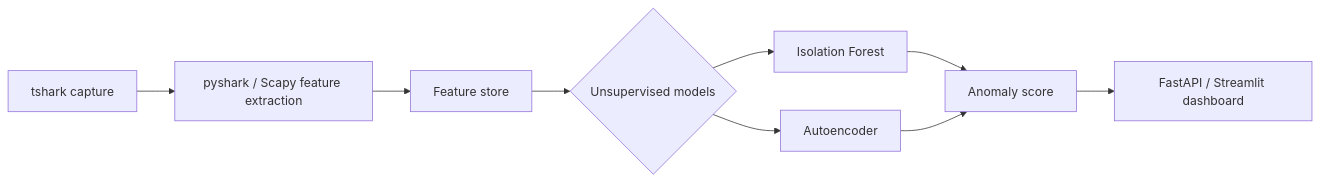
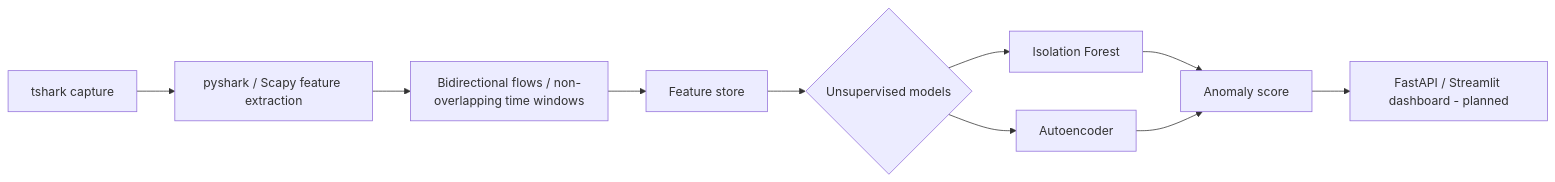
One commit to dev-rehaann/covertlens changed the diagram in README.md. Above: the diagram before and after it, drawn with Mermaid. The commit also changed other lines of this file and 1 other file, not shown here.

````diff
--- a/README.md
+++ b/README.md
@@ -33,11 +35,12 @@
 ```mermaid
 flowchart LR
     A[tshark capture] --> B[pyshark / Scapy feature extraction]
-    B --> C[Feature store]
+    B --> W[Bidirectional flows / non-overlapping time windows]
+    W --> C[Feature store]
     C --> D{Unsupervised models}
     D --> E[Isolation Forest]
     D --> F[Autoencoder]
     E --> G[Anomaly score]
     F --> G
-    G --> H[FastAPI / Streamlit dashboard]
+    G --> H[FastAPI / Streamlit dashboard - planned]
 ```
````
